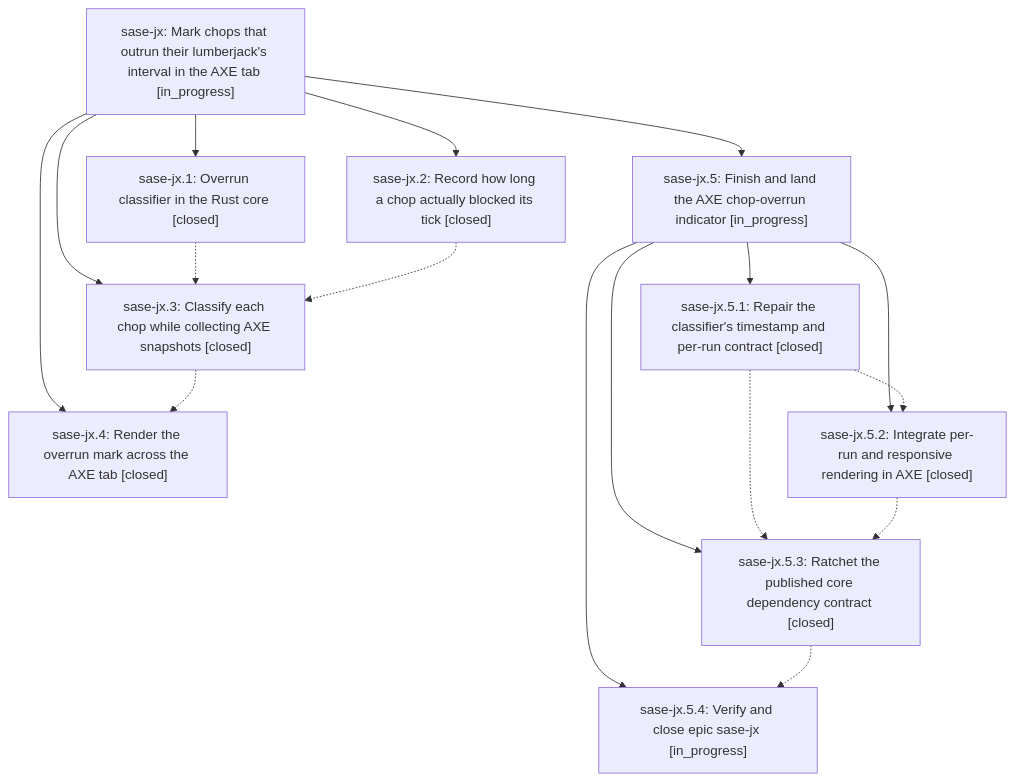
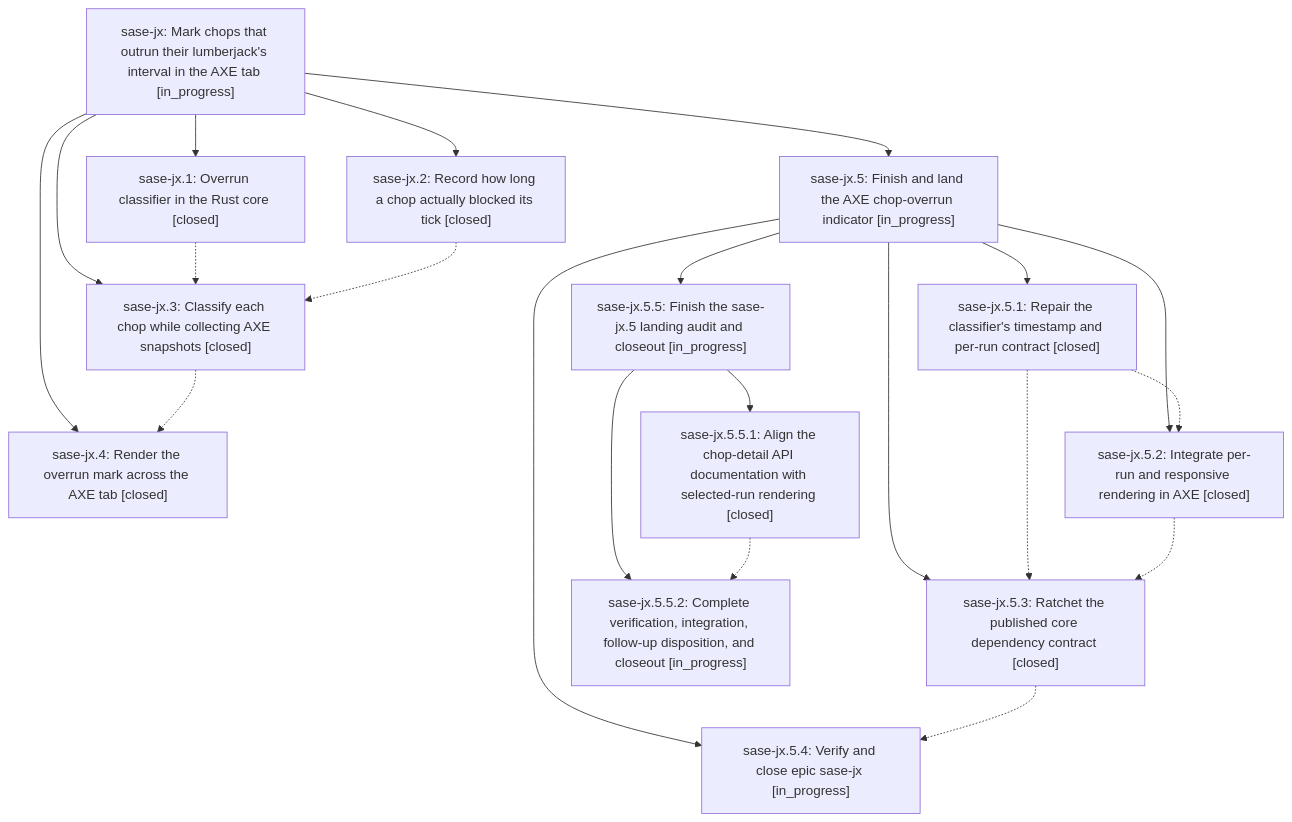
One commit to sase-org/sase--beads changed the diagram in pages/sase-jx/README.md. Above: the diagram before and after it, drawn with Mermaid. The commit also changed other lines of this file and 3 other files, not shown here.

````diff
--- a/pages/sase-jx/README.md
+++ b/pages/sase-jx/README.md
@@ -25,29 +25,36 @@
 ```mermaid
 flowchart TD
     n0["sase-jx: Mark chops that outrun their lumberjack's interval in the AXE tab [in_progress]"]
     n1["sase-jx.1: Overrun classifier in the Rust core [closed]"]
     n2["sase-jx.2: Record how long a chop actually blocked its tick [closed]"]
     n3["sase-jx.3: Classify each chop while collecting AXE snapshots [closed]"]
     n4["sase-jx.4: Render the overrun mark across the AXE tab [closed]"]
     n5["sase-jx.5: Finish and land the AXE chop-overrun indicator [in_progress]"]
     n6["sase-jx.5.1: Repair the classifier's timestamp and per-run contract [closed]"]
     n7["sase-jx.5.2: Integrate per-run and responsive rendering in AXE [closed]"]
     n8["sase-jx.5.3: Ratchet the published core dependency contract [closed]"]
     n9["sase-jx.5.4: Verify and close epic sase-jx [in_progress]"]
+    n10["sase-jx.5.5: Finish the sase-jx.5 landing audit and closeout [in_progress]"]
+    n11["sase-jx.5.5.1: Align the chop-detail API documentation with selected-run rendering [closed]"]
+    n12["sase-jx.5.5.2: Complete verification, integration, follow-up disposition, and closeout [in_progress]"]
     n0 --> n1
     n0 --> n2
     n0 --> n3
     n0 --> n4
     n0 --> n5
     n5 --> n6
     n5 --> n7
     n5 --> n8
     n5 --> n9
+    n5 --> n10
+    n10 --> n11
+    n10 --> n12
     n1 -.-> n3
     n2 -.-> n3
     n3 -.-> n4
     n6 -.-> n7
     n6 -.-> n8
     n7 -.-> n8
     n8 -.-> n9
+    n11 -.-> n12
 ```
````
